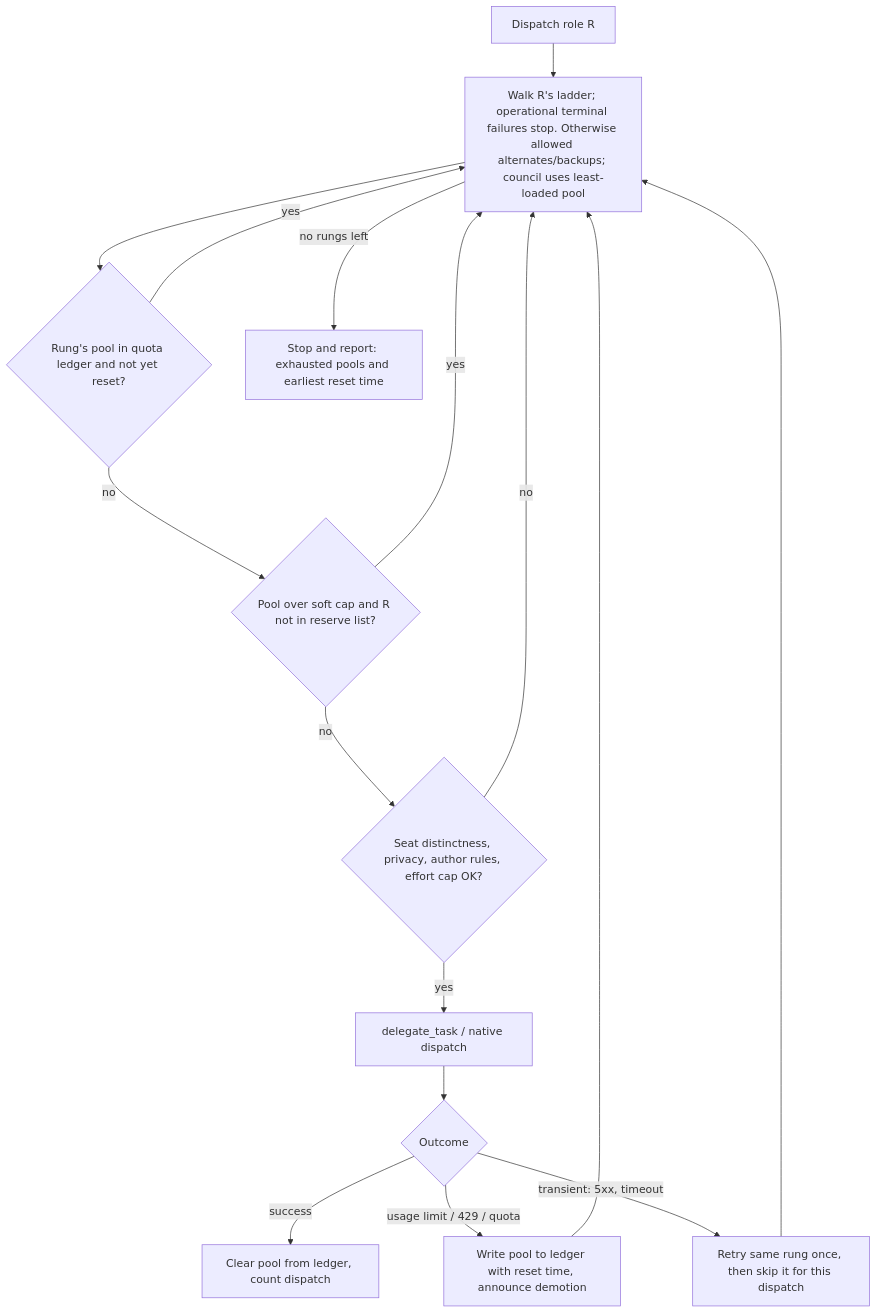
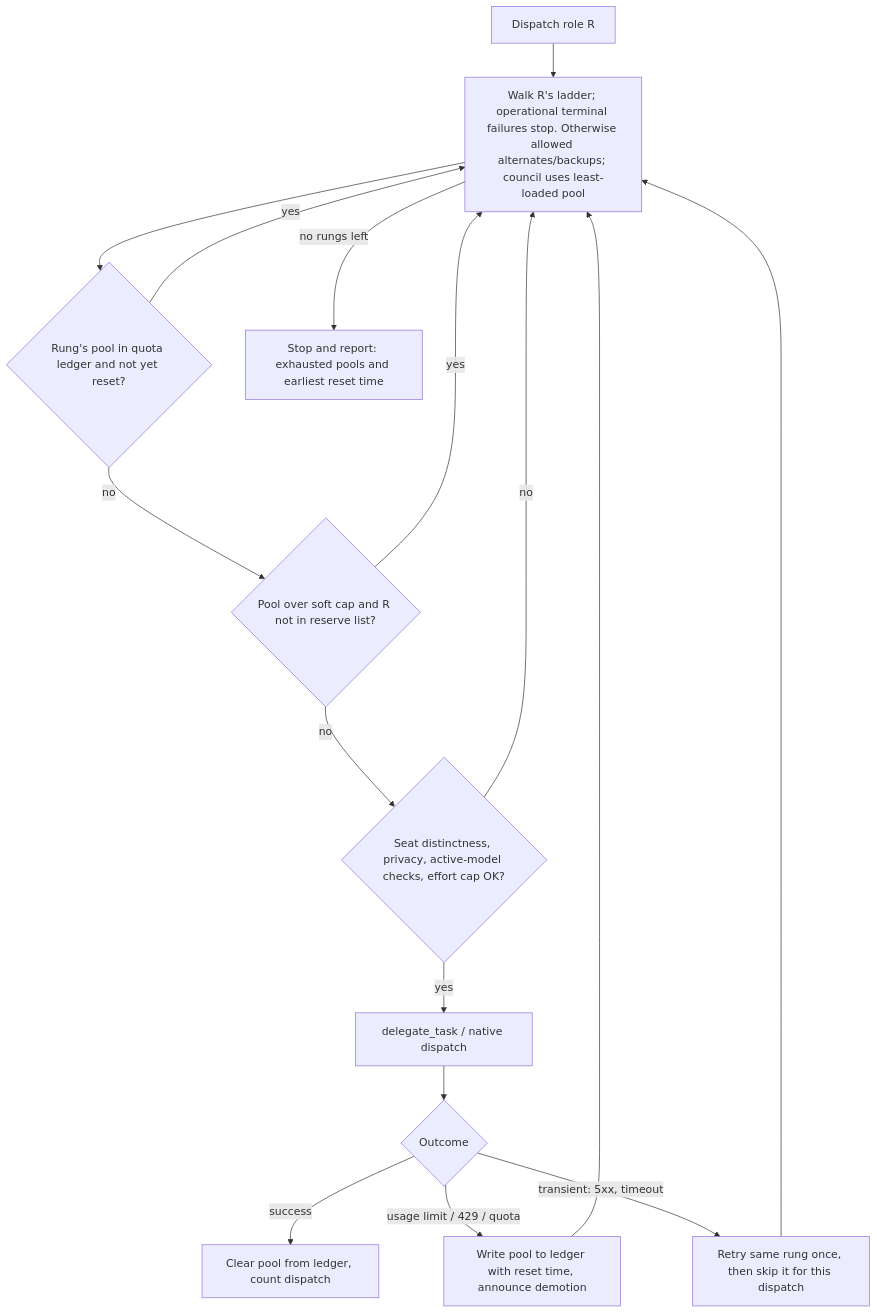
The third of 3 diagrams in README.md (DennisLoska/skills), drawn with Mermaid before and after one commit. The commit also changed other lines of this file and 39 other files, not shown here.

````diff
--- a/README.md
+++ b/README.md
@@ -370,16 +370,16 @@
 ```mermaid
 flowchart TD
     D["Dispatch role R"] --> W["Walk R's ladder; operational terminal failures stop. Otherwise allowed alternates/backups; council uses least-loaded pool"]
     W --> L{"Rung's pool in quota ledger and not yet reset?"}
     L -- yes --> W
     L -- no --> C{"Pool over soft cap and R not in reserve list?"}
     C -- yes --> W
-    C -- no --> G{"Seat distinctness, privacy, author rules, effort cap OK?"}
+    C -- no --> G{"Seat distinctness, privacy, active-model checks, effort cap OK?"}
     G -- no --> W
     G -- yes --> X["delegate_task / native dispatch"]
     X --> O{"Outcome"}
     O -- success --> S["Clear pool from ledger, count dispatch"]
     O -- "usage limit / 429 / quota" --> Q["Write pool to ledger with reset time, announce demotion"] --> W
     O -- "transient: 5xx, timeout" --> T["Retry same rung once, then skip it for this dispatch"] --> W
     W -- "no rungs left" --> STOP["Stop and report: exhausted pools and earliest reset time"]
 ```
````
